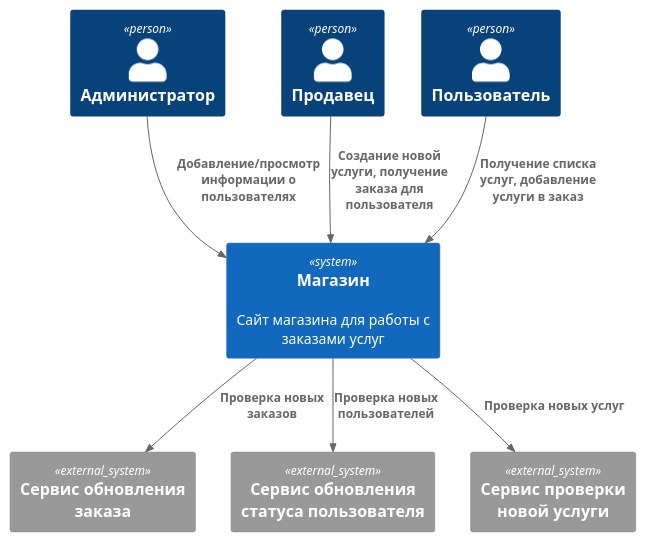
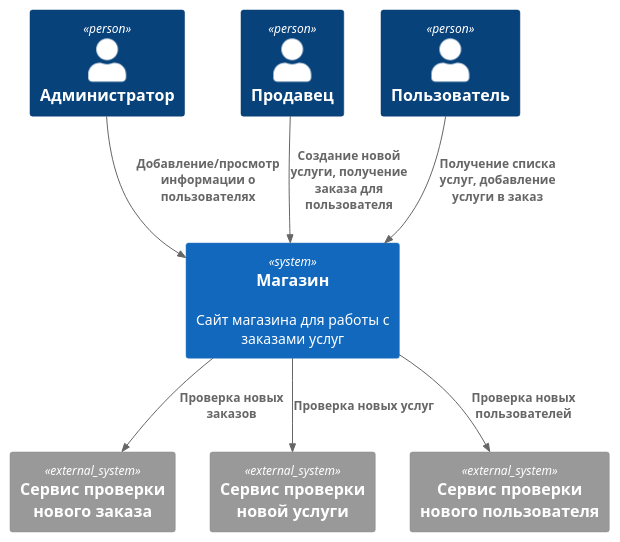
Before and after one commit to Artem531/ArchitectureHW: the diagram in HW0/context.md, drawn with PlantUML. The commit also changed other lines of this file and 1 other file, not shown here.

````diff
--- a/HW0/context.md
+++ b/HW0/context.md
@@ -4,23 +4,23 @@
 ```plantuml
 @startuml
 !include https://raw.githubusercontent.com/plantuml-stdlib/C4-PlantUML/master/C4_Container.puml
 
 Person(admin, "Администратор")
 Person(seller, "Продавец")
 Person(user, "Пользователь")
 
 System(shop, "Магазин", "Сайт магазина для работы с заказами услуг")
-System_Ext(order_checker, "Сервис обновления заказа")
-System_Ext(new_user_checker, "Сервис обновления статуса пользователя")
+System_Ext(order_checker, "Сервис проверки нового заказа")
 System_Ext(new_service_checker, "Сервис проверки новой услуги")
+System_Ext(new_user_checker, "Сервис проверки нового пользователя")
 
 Rel(admin, shop, "Добавление/просмотр информации о пользователях")
 Rel(seller, shop,"Создание новой услуги, получение заказа для пользователя")
 Rel(user, shop,"Получение списка услуг, добавление услуги в заказ")
 
 Rel(shop, order_checker, "Проверка новых заказов")
 Rel(shop, new_user_checker, "Проверка новых пользователей")
 Rel(shop, new_service_checker, "Проверка новых услуг")
 
 @enduml
 ```
````
